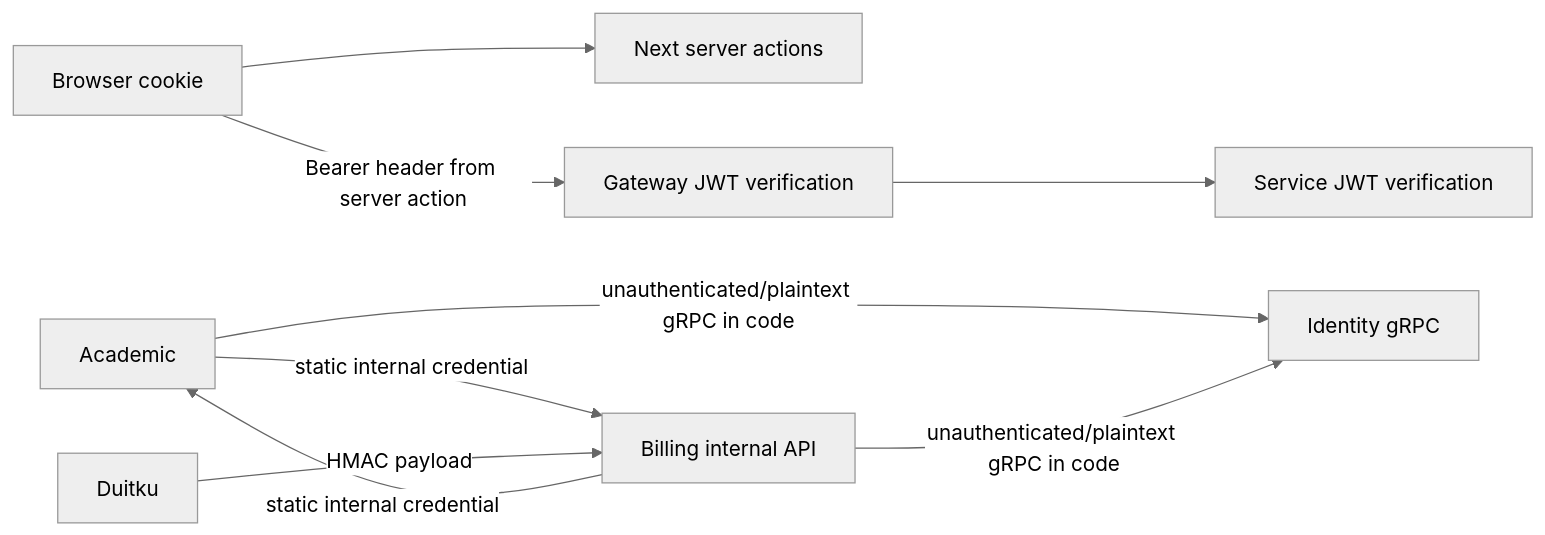
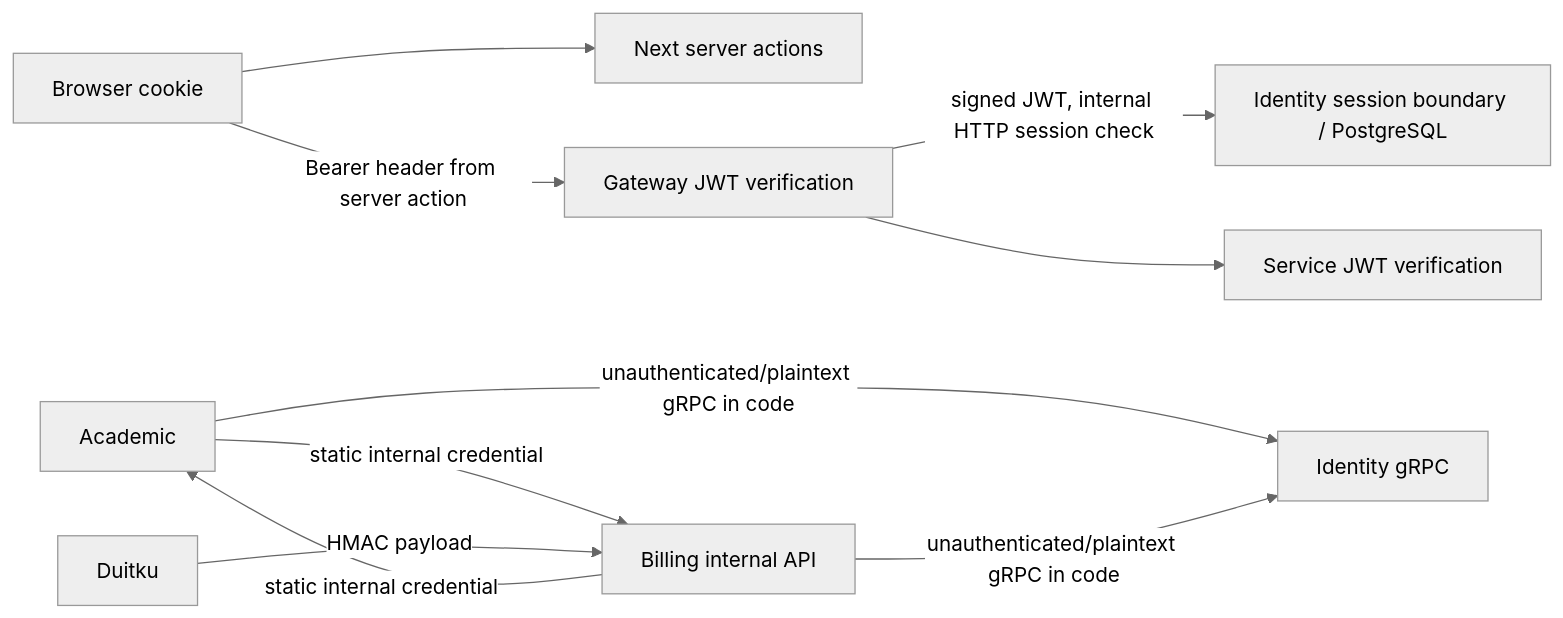
Before and after one commit to kelolakelas/kelolakelas-docs: the diagram in docs/05-security.md, drawn with Mermaid (neutral theme). The commit also changed other lines of this file and 11 other files, not shown here.

Commit message:
KEL-66: document reset tokens and gateway session boundary (#58)

````diff
--- a/docs/05-security.md
+++ b/docs/05-security.md
@@ -21,11 +22,12 @@
 ```mermaid
 flowchart LR
   B[Browser cookie] --> W[Next server actions]
   B -->|Bearer header from server action| G[Gateway JWT verification]
+  G -->|signed JWT, internal HTTP session check| IHTTP[Identity session boundary / PostgreSQL]
   G --> S[Service JWT verification]
   A[Academic] -->|static internal credential| BL[Billing internal API]
   BL -->|static internal credential| A
   P[Duitku] -->|HMAC payload| BL
   A -->|unauthenticated/plaintext gRPC in code| I[Identity gRPC]
   BL -->|unauthenticated/plaintext gRPC in code| I
 ```
````
